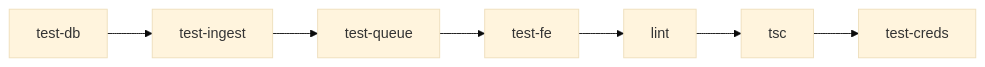
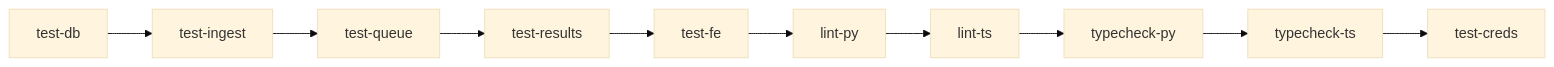
Before and after one commit to jakelindsay87/hoistscout: the diagram in docs/task-breakdown.md, drawn with Mermaid (base theme). The commit also changed other lines of this file and 14 other files, not shown here.

````diff
--- a/docs/task-breakdown.md
+++ b/docs/task-breakdown.md
@@ -355,9 +435,12 @@
 ```mermaid
 graph LR
     test-db --> test-ingest
     test-ingest --> test-queue
-    test-queue --> test-fe
-    test-fe --> lint
-    lint --> tsc
-    tsc --> test-creds
+    test-queue --> test-results
+    test-results --> test-fe
+    test-fe --> lint-py
+    lint-py --> lint-ts
+    lint-ts --> typecheck-py
+    typecheck-py --> typecheck-ts
+    typecheck-ts --> test-creds
 ```
````
